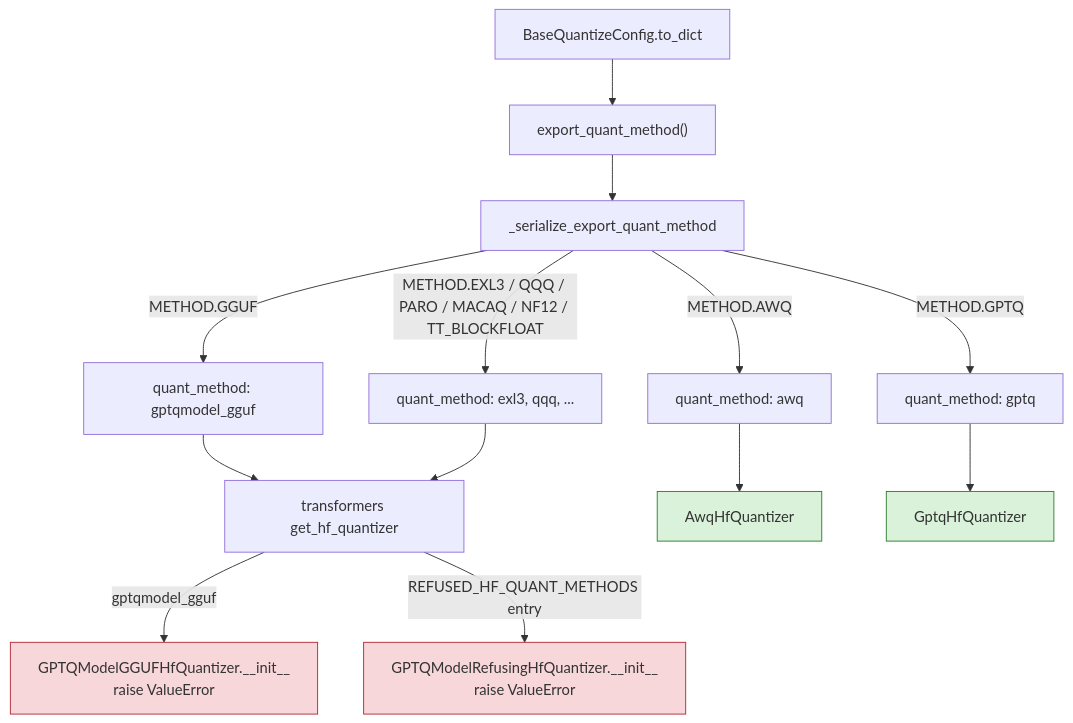
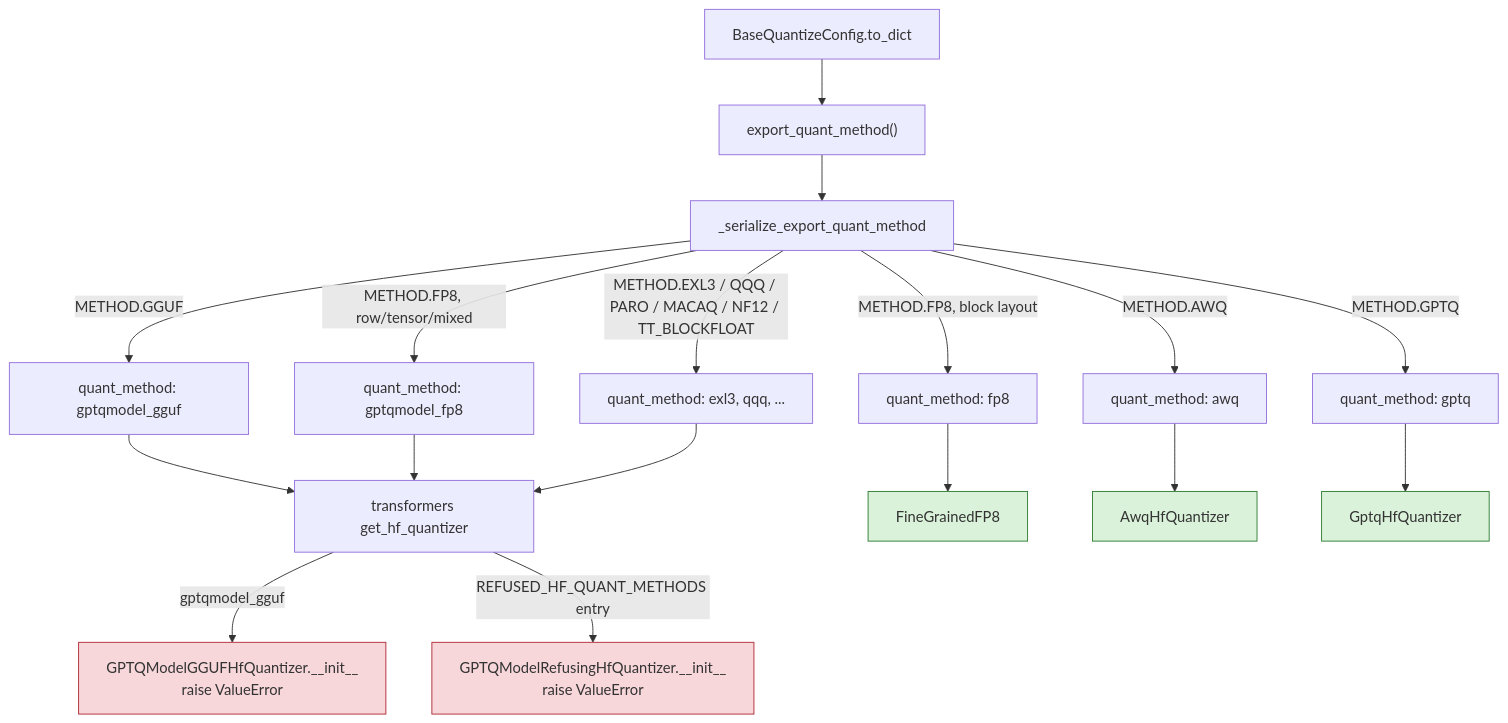
One commit to ModelCloud/GPTQModel changed diagram 14 of 19 in docs/checkpoint-interop.md. Above: the diagram before and after it, drawn with Mermaid. The commit also changed other lines of this file and 8 other files, not shown here.

First line of the commit message:
fix(fp8): publish non-block FP8 as `gptqmodel_fp8` (#5128)

````diff
--- a/docs/checkpoint-interop.md
+++ b/docs/checkpoint-interop.md
@@ -515,19 +527,24 @@
 ```mermaid
 flowchart TD
     A["BaseQuantizeConfig.to_dict"] --> B["export_quant_method()"]
     B --> C["_serialize_export_quant_method"]
     C -- "METHOD.GGUF" --> D["quant_method: gptqmodel_gguf"]
     C -- "METHOD.AWQ" --> E["quant_method: awq"]
     C -- "METHOD.GPTQ" --> F["quant_method: gptq"]
+    C -- "METHOD.FP8, block layout" --> M["quant_method: fp8"]
+    C -- "METHOD.FP8, row/tensor/mixed" --> N["quant_method: gptqmodel_fp8"]
     C -- "METHOD.EXL3 / QQQ / PARO / MACAQ / NF12 / TT_BLOCKFLOAT" --> L["quant_method: exl3, qqq, ..."]
     D --> G["transformers get_hf_quantizer"]
+    N --> G
     L --> G
+    M --> P["FineGrainedFP8"]
     G -- "gptqmodel_gguf" --> H["GPTQModelGGUFHfQuantizer.__init__<br/>raise ValueError"]
     G -- "REFUSED_HF_QUANT_METHODS entry" --> K["GPTQModelRefusingHfQuantizer.__init__<br/>raise ValueError"]
     E --> I["AwqHfQuantizer"]
     F --> J["GptqHfQuantizer"]
     style H fill:#f8d7da,stroke:#b02a37
     style K fill:#f8d7da,stroke:#b02a37
     style I fill:#d9f2d9,stroke:#2e7d32
     style J fill:#d9f2d9,stroke:#2e7d32
+    style P fill:#d9f2d9,stroke:#2e7d32
 ```
````
